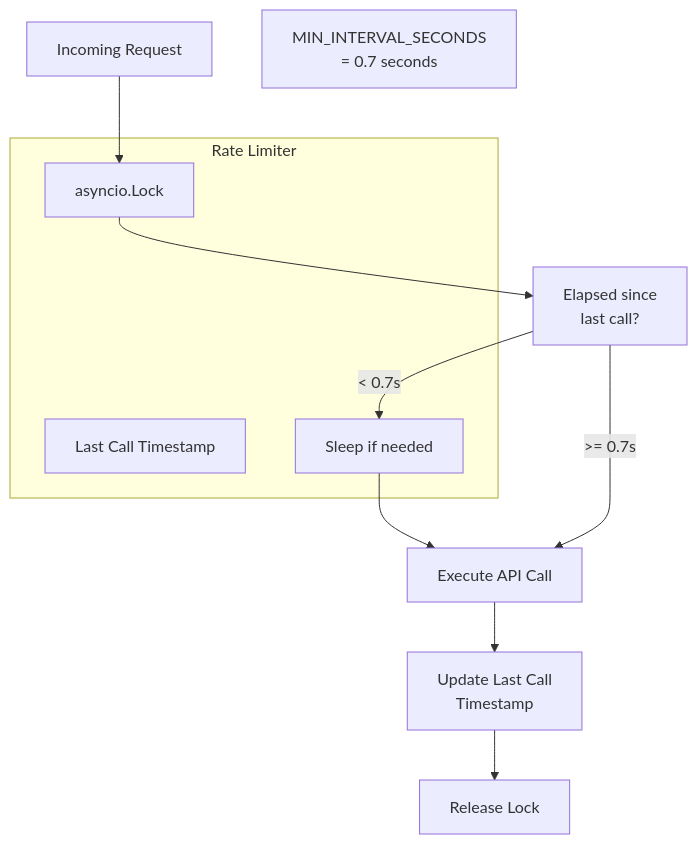
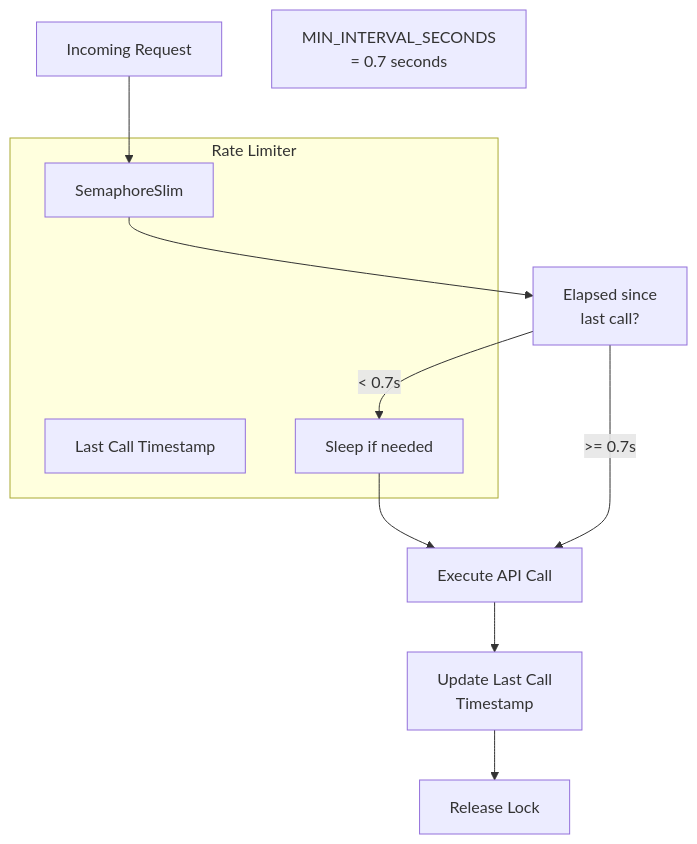
Before and after one commit to tomkor/solax-cloud-mcp: the sixth of 12 diagrams in ARCHITECTURE.md, drawn with Mermaid. The commit also changed other lines of this file and 73 other files, not shown here.

````diff
--- a/ARCHITECTURE.md
+++ b/ARCHITECTURE.md
@@ -285,20 +287,20 @@
 ```mermaid
 graph TB
     subgraph "Rate Limiter"
         LastCall["Last Call Timestamp"]
-        Lock["asyncio.Lock"]
+        Lock["SemaphoreSlim"]
         Sleep["Sleep if needed"]
     end
     
     Request["Incoming Request"]
     Check["Elapsed since<br/>last call?"]
     MinInterval["MIN_INTERVAL_SECONDS<br/>= 0.7 seconds"]
     
     Request --> Lock
     Lock --> Check
     Check -->|< 0.7s| Sleep
     Sleep --> Execute["Execute API Call"]
     Check -->|>= 0.7s| Execute
     Execute --> UpdateTime["Update Last Call<br/>Timestamp"]
     UpdateTime --> Release["Release Lock"]
 ```
````
